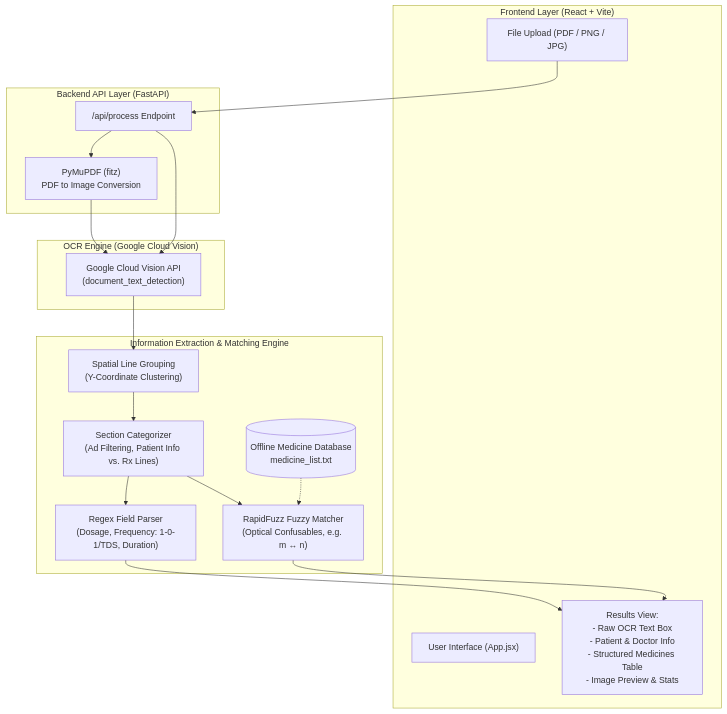
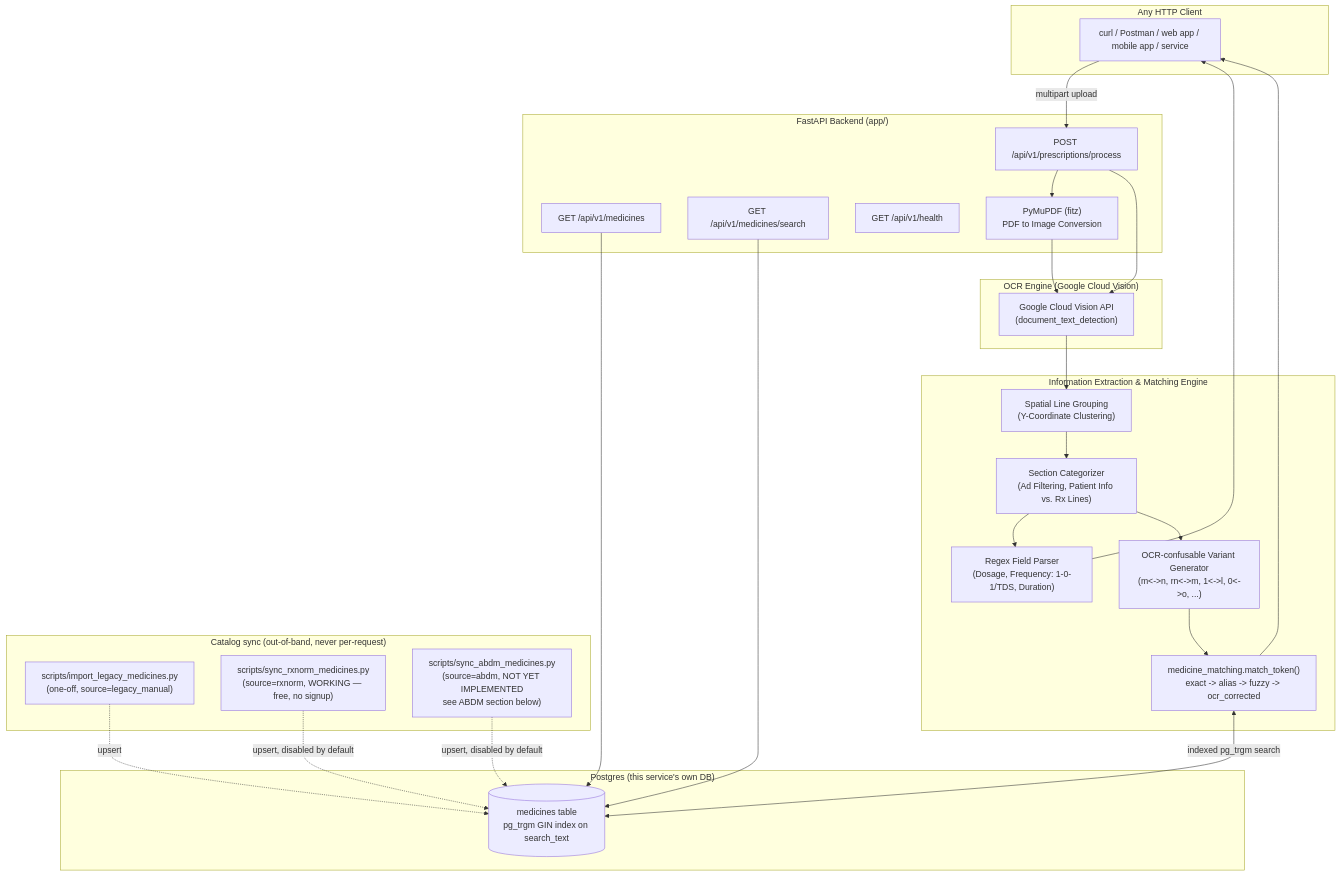
Before and after one commit to Enervara-dev/Prescription-Intelligence: the diagram in README.md, drawn with Mermaid. The commit also changed other lines of this file and 102 other files, not shown here.

````diff
--- a/README.md
+++ b/README.md
@@ -9,41 +13,52 @@
 ```mermaid
 flowchart TD
-    %% Client Tier
-    subgraph Frontend["Frontend Layer (React + Vite)"]
-        UI["User Interface (App.jsx)"]
-        Upload["File Upload (PDF / PNG / JPG)"]
-        Display["Results View:\n- Raw OCR Text Box\n- Patient & Doctor Info\n- Structured Medicines Table\n- Image Preview & Stats"]
+    subgraph Client["Any HTTP Client"]
+        C["curl / Postman / web app / mobile app / service"]
     end
 
-    %% API Tier
-    subgraph BackendAPI["Backend API Layer (FastAPI)"]
-        Router["/api/process Endpoint"]
+    subgraph API["FastAPI Backend (app/)"]
+        R1["POST /api/v1/prescriptions/process"]
+        R2["GET /api/v1/medicines"]
+        R3["GET /api/v1/medicines/search"]
+        R4["GET /api/v1/health"]
         PDFConv["PyMuPDF (fitz)\nPDF to Image Conversion"]
     end
 
-    %% OCR Pipeline
     subgraph OCR["OCR Engine (Google Cloud Vision)"]
         VisionAPI["Google Cloud Vision API\n(document_text_detection)"]
     end
 
-    %% Parsing & Extraction
     subgraph Extraction["Information Extraction & Matching Engine"]
         LineGroup["Spatial Line Grouping\n(Y-Coordinate Clustering)"]
         Classifier["Section Categorizer\n(Ad Filtering, Patient Info vs. Rx Lines)"]
         RegexEngine["Regex Field Parser\n(Dosage, Frequency: 1-0-1/TDS, Duration)"]
-        MedDB[(Offline Medicine Database\nmedicine_list.txt)]
-        FuzzyMatcher["RapidFuzz Fuzzy Matcher\n(Optical Confusables, e.g. m ↔ n)"]
+        OpticalVariants["OCR-confusable Variant Generator\n(m<->n, rn<->m, 1<->l, 0<->o, ...)"]
+        Matcher["medicine_matching.match_token()\nexact -> alias -> fuzzy -> ocr_corrected"]
     end
 
-    %% Connections
-    Upload --> Router
-    Router --> PDFConv
+    subgraph DB["Postgres (this service's own DB)"]
+        MedTable[("medicines table\npg_trgm GIN index on search_text")]
+    end
+
+    subgraph Sync["Catalog sync (out-of-band, never per-request)"]
+        Legacy["scripts/import_legacy_medicines.py\n(one-off, source=legacy_manual)"]
+        RxNorm["scripts/sync_rxnorm_medicines.py\n(source=rxnorm, WORKING — free, no signup)"]
+        ABDM["scripts/sync_abdm_medicines.py\n(source=abdm, NOT YET IMPLEMENTED\nsee ABDM section below)"]
+    end
+
+    C -->|multipart upload| R1
+    R1 --> PDFConv
     PDFConv --> VisionAPI
-    Router --> VisionAPI
+    R1 --> VisionAPI
     VisionAPI --> LineGroup
     LineGroup --> Classifier
     Classifier --> RegexEngine
-    Classifier --> FuzzyMatcher
-    MedDB -.-> FuzzyMatcher
-    RegexEngine & FuzzyMatcher --> Display
+    Classifier --> OpticalVariants
+    OpticalVariants --> Matcher
+    Matcher <-->|indexed pg_trgm search| MedTable
+    RegexEngine & Matcher --> C
+    R2 & R3 --> MedTable
+    Legacy -.->|upsert| MedTable
+    RxNorm -.->|upsert, disabled by default| MedTable
+    ABDM -.->|upsert, disabled by default| MedTable
 ```
````
